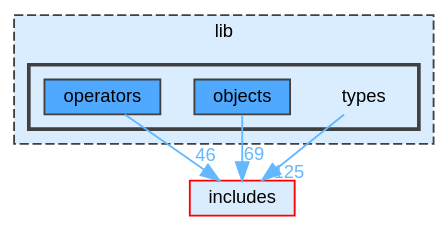
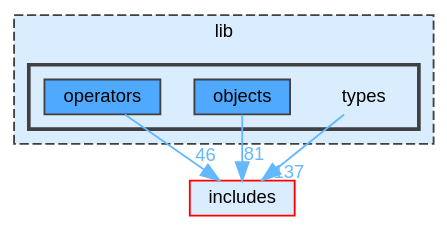
Before and after one commit to JS-CMP/JS-CMP: the diagram in dir_560694f03ee5bf1136d79e4f1ca1ca37_dep.dot, drawn with Graphviz. The commit also changed 207 other files, not shown here.

```diff
--- a/dir_560694f03ee5bf1136d79e4f1ca1ca37_dep.dot
+++ b/dir_560694f03ee5bf1136d79e4f1ca1ca37_dep.dot
@@ -1,21 +1,21 @@
 digraph "lib/types"
 {
  // LATEX_PDF_SIZE
   bgcolor="transparent";
   edge [fontname=Helvetica,fontsize=10,labelfontname=Helvetica,labelfontsize=10];
   node [fontname=Helvetica,fontsize=10,shape=box,height=0.2,width=0.4];
   compound=true
   subgraph clusterdir_97aefd0d527b934f1d99a682da8fe6a9 {
     graph [ bgcolor="#daedff", pencolor="grey25", label="lib", fontname=Helvetica,fontsize=10 style="filled,dashed", URL="dir_97aefd0d527b934f1d99a682da8fe6a9.html",tooltip=""]
   subgraph clusterdir_560694f03ee5bf1136d79e4f1ca1ca37 {
     graph [ bgcolor="#daedff", pencolor="grey25", label="", fontname=Helvetica,fontsize=10 style="filled,bold", URL="dir_560694f03ee5bf1136d79e4f1ca1ca37.html",tooltip=""]
     dir_560694f03ee5bf1136d79e4f1ca1ca37 [shape=plaintext, label="types"];
   dir_5cf2d1decf7560474321a2736fa1e755 [label="objects", fillcolor="#4ea9ff", color="grey25", style="filled", URL="dir_5cf2d1decf7560474321a2736fa1e755.html",tooltip=""];
   dir_cc8d397db54d25297def3a698c833207 [label="operators", fillcolor="#4ea9ff", color="grey25", style="filled", URL="dir_cc8d397db54d25297def3a698c833207.html",tooltip=""];
   }
   }
   dir_09e761304027c904456130627fd4dcf5 [label="includes", fillcolor="#daedff", color="red", style="filled", URL="dir_09e761304027c904456130627fd4dcf5.html",tooltip=""];
-  dir_560694f03ee5bf1136d79e4f1ca1ca37->dir_09e761304027c904456130627fd4dcf5 [headlabel="125", labeldistance=1.5 headhref="dir_000036_000018.html" href="dir_000036_000018.html" color="steelblue1" fontcolor="steelblue1"];
-  dir_5cf2d1decf7560474321a2736fa1e755->dir_09e761304027c904456130627fd4dcf5 [headlabel="69", labeldistance=1.5 headhref="dir_000029_000018.html" href="dir_000029_000018.html" color="steelblue1" fontcolor="steelblue1"];
+  dir_560694f03ee5bf1136d79e4f1ca1ca37->dir_09e761304027c904456130627fd4dcf5 [headlabel="137", labeldistance=1.5 headhref="dir_000037_000018.html" href="dir_000037_000018.html" color="steelblue1" fontcolor="steelblue1"];
+  dir_5cf2d1decf7560474321a2736fa1e755->dir_09e761304027c904456130627fd4dcf5 [headlabel="81", labeldistance=1.5 headhref="dir_000029_000018.html" href="dir_000029_000018.html" color="steelblue1" fontcolor="steelblue1"];
   dir_cc8d397db54d25297def3a698c833207->dir_09e761304027c904456130627fd4dcf5 [headlabel="46", labeldistance=1.5 headhref="dir_000030_000018.html" href="dir_000030_000018.html" color="steelblue1" fontcolor="steelblue1"];
 }
```
